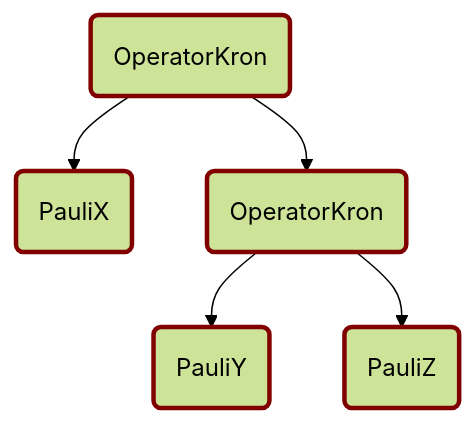
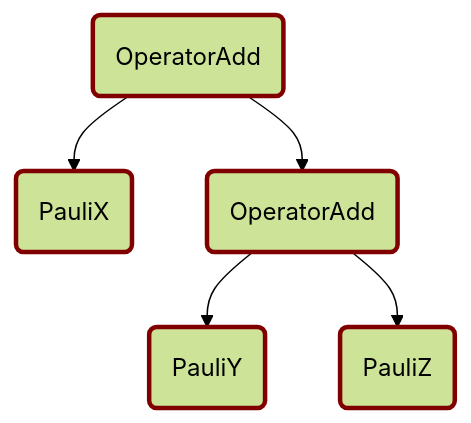
The fifth of 17 diagrams in docs/explanation/canonicalization.md (SeivenBell/oqd-core), drawn with Mermaid (forest theme) before and after one commit. The commit also changed other lines of this file and 1 other file, not shown here.

Commit message:
Update operator canonicalization documentation

````diff
--- a/docs/explanation/canonicalization.md
+++ b/docs/explanation/canonicalization.md
@@ -147,17 +147,17 @@
 ```mermaid
     graph TD
     element0("PauliX"):::Pauli
     element1("PauliY"):::Pauli
     element2("PauliZ"):::Pauli
-    element3("OperatorKron"):::OperatorKron
+    element3("OperatorAdd"):::OperatorAdd
     element3 --> element1 & element2
-    element4("OperatorKron"):::OperatorKron
+    element4("OperatorAdd"):::OperatorAdd
     element4 --> element0 & element3
     classDef Pauli stroke:#800000,stroke-width:3px
     classDef Ladder stroke:#800000,stroke-width:3px
     classDef OperatorAdd stroke:#800000,stroke-width:3px
     classDef OperatorScalarMul stroke:#800000,stroke-width:3px
     classDef OperatorKron stroke:#800000,stroke-width:3px
     classDef OperatorMul stroke:#800000,stroke-width:3px
     classDef MathExpr stroke:#800000,stroke-width:3px
 ```
````
